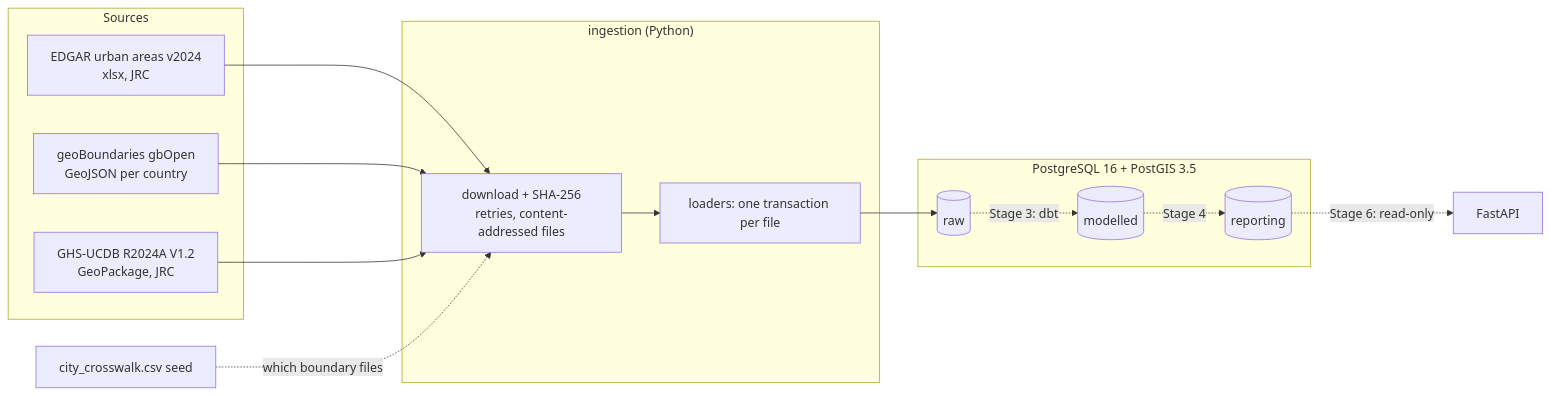
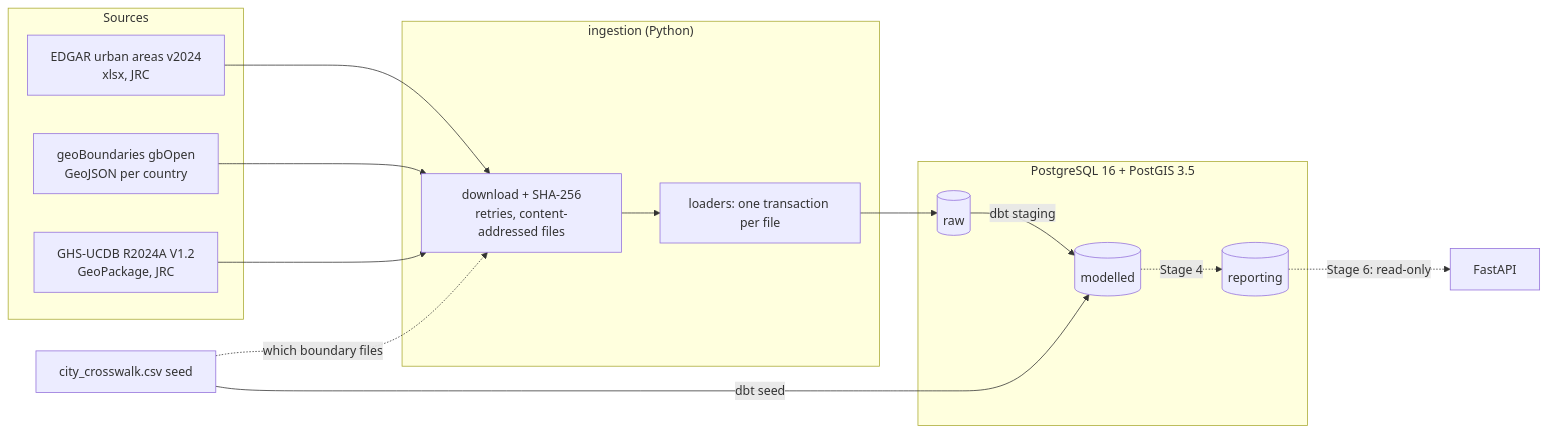
The first of 2 diagrams in README.md (tom-cruiser/city-emissions-platform), drawn with Mermaid before and after one commit. The commit also changed other lines of this file and 5 other files, not shown here.

````diff
--- a/README.md
+++ b/README.md
@@ -39,25 +51,26 @@
 ```mermaid
 flowchart LR
     subgraph Sources
         E[EDGAR urban areas v2024<br/>xlsx, JRC]
         G[geoBoundaries gbOpen<br/>GeoJSON per country]
         U[GHS-UCDB R2024A V1.2<br/>GeoPackage, JRC]
     end
     subgraph ingestion["ingestion (Python)"]
         D[download + SHA-256<br/>retries, content-addressed files]
         L[loaders: one transaction per file]
     end
     subgraph Postgres["PostgreSQL 16 + PostGIS 3.5"]
         R[(raw)]
         M[(modelled)]
         P[(reporting)]
     end
     X[city_crosswalk.csv seed]
     E --> D
     G --> D
     U --> D
     D --> L --> R
     X -. which boundary files .-> D
-    R -. Stage 3: dbt .-> M -. Stage 4 .-> P
+    R -- dbt staging --> M -. Stage 4 .-> P
+    X -- dbt seed --> M
     P -. Stage 6: read-only .-> API[FastAPI]
 ```
````
